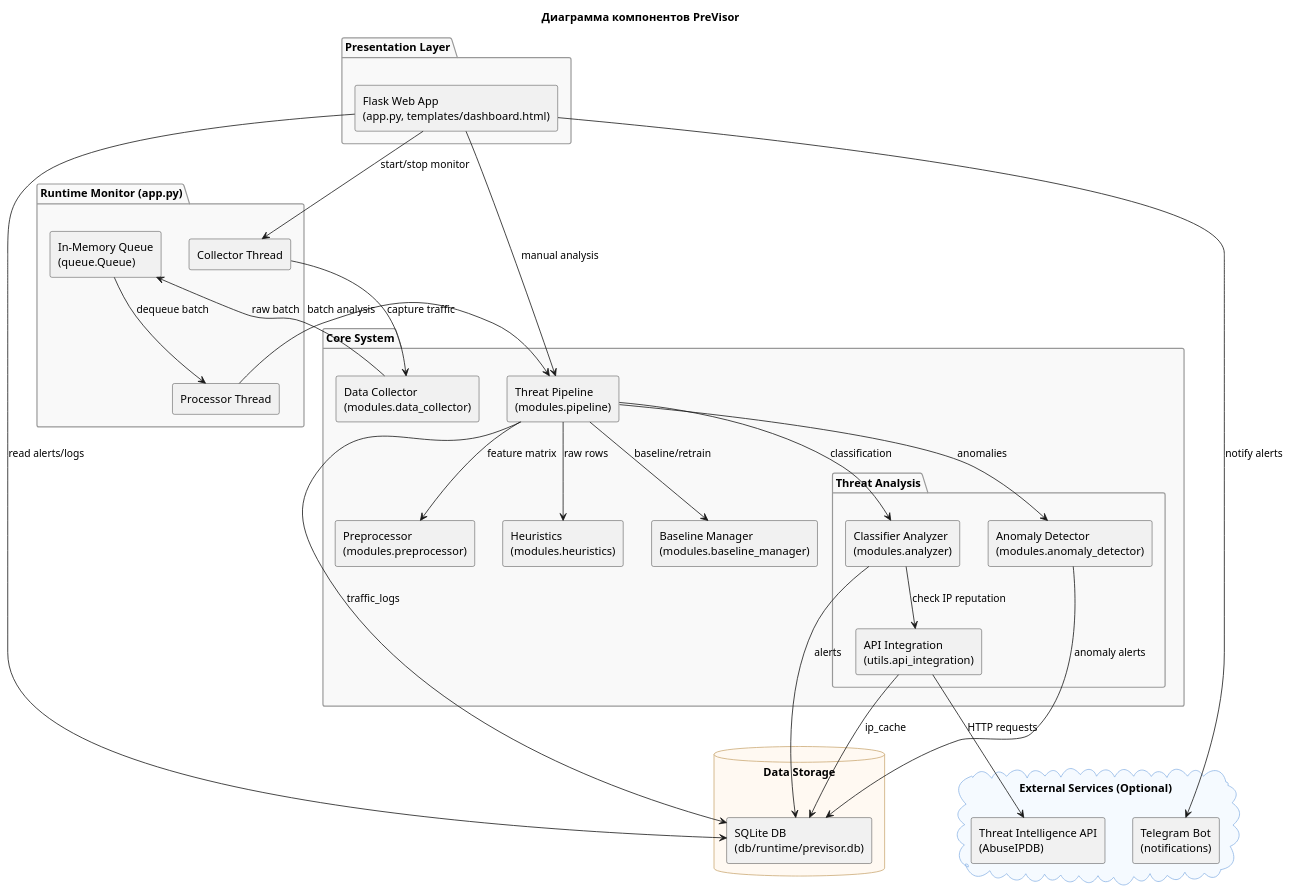
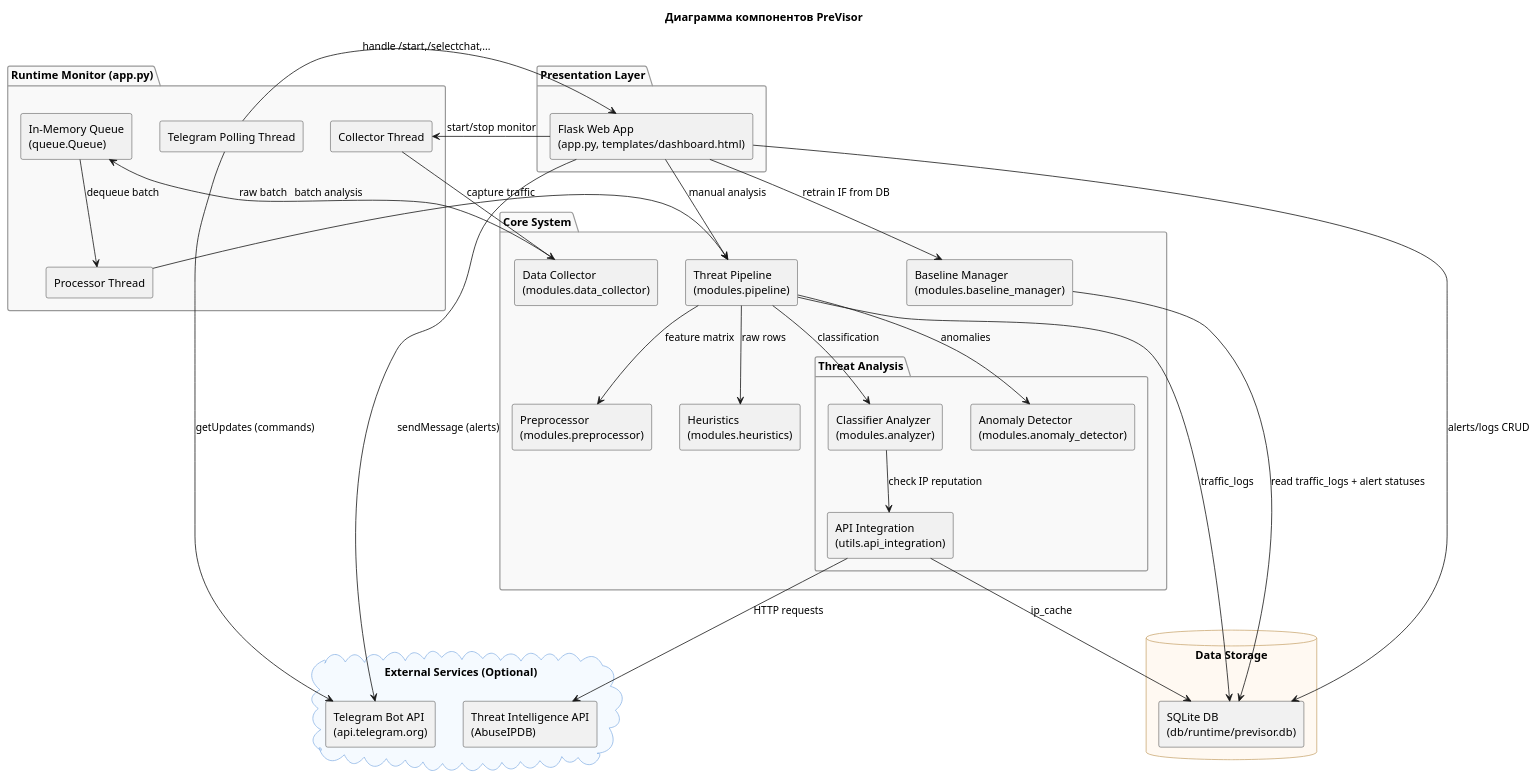
One commit to k00000tek/previsor changed the diagram in static/previsor_component_diagram.puml. Above: the diagram before and after it, drawn with PlantUML. The commit also changed 34 other files, not shown here.

```diff
--- a/static/previsor_component_diagram.puml
+++ b/static/previsor_component_diagram.puml
@@ -1,83 +1,85 @@
 @startuml
 title Диаграмма компонентов PreVisor
 
 skinparam componentStyle rectangle
 skinparam rectangle {
   BackgroundColor White
   BorderColor #777
   FontColor Black
 }
 skinparam package {
   BackgroundColor #F9F9F9
   BorderColor #999
 }
 skinparam database {
   BackgroundColor #FFF9F2
   BorderColor #CCAA77
 }
 skinparam cloud {
   BackgroundColor #F5FAFF
   BorderColor #8FB6E6
 }
 
 package "Core System" {
   [Threat Pipeline\n(modules.pipeline)]
   [Data Collector\n(modules.data_collector)]
   [Preprocessor\n(modules.preprocessor)]
   [Heuristics\n(modules.heuristics)]
 
   package "Threat Analysis" {
     [Classifier Analyzer\n(modules.analyzer)]
     [Anomaly Detector\n(modules.anomaly_detector)]
     [API Integration\n(utils.api_integration)]
   }
 
   [Baseline Manager\n(modules.baseline_manager)]
 }
 
 package "Presentation Layer" {
   [Flask Web App\n(app.py, templates/dashboard.html)]
 }
 
 package "Runtime Monitor (app.py)" {
   [Collector Thread]
   [Processor Thread]
   [In-Memory Queue\n(queue.Queue)]
+  [Telegram Polling Thread]
 }
 
 database "Data Storage" {
   [SQLite DB\n(db/runtime/previsor.db)]
 }
 
 cloud "External Services (Optional)" {
   [Threat Intelligence API\n(AbuseIPDB)]
-  [Telegram Bot\n(notifications)]
+  [Telegram Bot API\n(api.telegram.org)]
 }
 
 ' === Связи ===
 [Collector Thread] --> [Data Collector\n(modules.data_collector)] : capture traffic
 [Data Collector\n(modules.data_collector)] --> [In-Memory Queue\n(queue.Queue)] : raw batch
 [In-Memory Queue\n(queue.Queue)] --> [Processor Thread] : dequeue batch
 [Processor Thread] --> [Threat Pipeline\n(modules.pipeline)] : batch analysis
 
 [Threat Pipeline\n(modules.pipeline)] --> [Preprocessor\n(modules.preprocessor)] : feature matrix
 [Threat Pipeline\n(modules.pipeline)] --> [Heuristics\n(modules.heuristics)] : raw rows
 [Threat Pipeline\n(modules.pipeline)] --> [Classifier Analyzer\n(modules.analyzer)] : classification
 [Threat Pipeline\n(modules.pipeline)] --> [Anomaly Detector\n(modules.anomaly_detector)] : anomalies
-[Threat Pipeline\n(modules.pipeline)] --> [Baseline Manager\n(modules.baseline_manager)] : baseline/retrain
 
-[Classifier Analyzer\n(modules.analyzer)] --> [SQLite DB\n(db/runtime/previsor.db)] : alerts
-[Anomaly Detector\n(modules.anomaly_detector)] --> [SQLite DB\n(db/runtime/previsor.db)] : anomaly alerts
 [Threat Pipeline\n(modules.pipeline)] --> [SQLite DB\n(db/runtime/previsor.db)] : traffic_logs
 [API Integration\n(utils.api_integration)] --> [SQLite DB\n(db/runtime/previsor.db)] : ip_cache
 
-[Flask Web App\n(app.py, templates/dashboard.html)] --> [SQLite DB\n(db/runtime/previsor.db)] : read alerts/logs
+[Flask Web App\n(app.py, templates/dashboard.html)] --> [SQLite DB\n(db/runtime/previsor.db)] : alerts/logs CRUD
 [Flask Web App\n(app.py, templates/dashboard.html)] --> [Threat Pipeline\n(modules.pipeline)] : manual analysis
 [Flask Web App\n(app.py, templates/dashboard.html)] --> [Collector Thread] : start/stop monitor
+[Flask Web App\n(app.py, templates/dashboard.html)] --> [Baseline Manager\n(modules.baseline_manager)] : retrain IF from DB
+[Baseline Manager\n(modules.baseline_manager)] --> [SQLite DB\n(db/runtime/previsor.db)] : read traffic_logs + alert statuses
 
 [Classifier Analyzer\n(modules.analyzer)] --> [API Integration\n(utils.api_integration)] : check IP reputation
 [API Integration\n(utils.api_integration)] --> [Threat Intelligence API\n(AbuseIPDB)] : HTTP requests
 
-[Flask Web App\n(app.py, templates/dashboard.html)] --> [Telegram Bot\n(notifications)] : notify alerts
+[Flask Web App\n(app.py, templates/dashboard.html)] --> [Telegram Bot API\n(api.telegram.org)] : sendMessage (alerts)
+[Telegram Polling Thread] --> [Telegram Bot API\n(api.telegram.org)] : getUpdates (commands)
+[Telegram Polling Thread] --> [Flask Web App\n(app.py, templates/dashboard.html)] : handle /start,/selectchat,...
 
 @enduml
```
